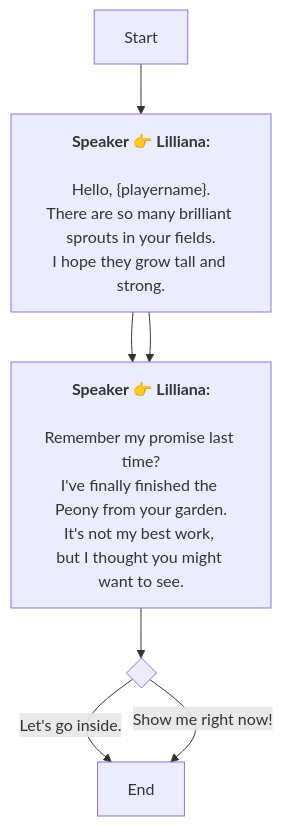
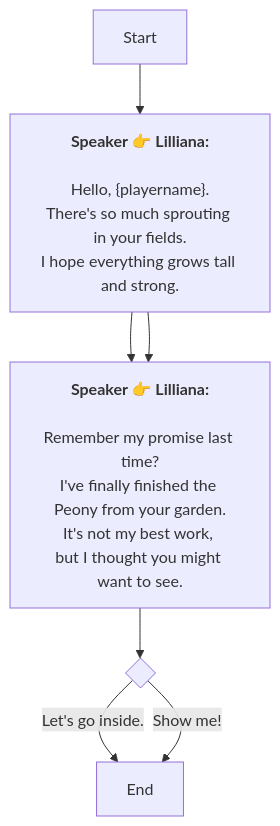
The diagram in En/QuestStartTalkENode_1768807868606533.md (SoftHu/tos_avg), drawn with Mermaid before and after one commit. The commit also changed 312 other files, not shown here.

````diff
--- a/En/QuestStartTalkENode_1768807868606533.md
+++ b/En/QuestStartTalkENode_1768807868606533.md
@@ -1,24 +1,24 @@
 ```mermaid
 graph
 Start -->1768807897752649[<b>Speaker 👉 Lilliana:</b>
 
 Hello, &lbrace;playername&rbrace;.
-There are so many brilliant sprouts in your fields.
-I hope they grow tall and strong.]
+There's so much sprouting in your fields.
+I hope everything grows tall and strong.]
 1768807897752649 -->1768807897754701[<b>Speaker 👉 Lilliana:</b>
 
 Remember my promise last time?
 I've finally finished the Peony from your garden.
 It's not my best work, 
 but I thought you might want to see.]
 1768807897752649 -->1768807897754701[<b>Speaker 👉 Lilliana:</b>
 
 Remember my promise last time?
 I've finally finished the Peony from your garden.
 It's not my best work, 
 but I thought you might want to see.]
 1768807897754701 -->1768807897755728{ }
 1768807897755728 -->|Let's go inside.|1768807897756753[End]
-1768807897755728 -->|Show me right now!|1768807897756753[End]
+1768807897755728 -->|Show me!|1768807897756753[End]
 
  ```
````
